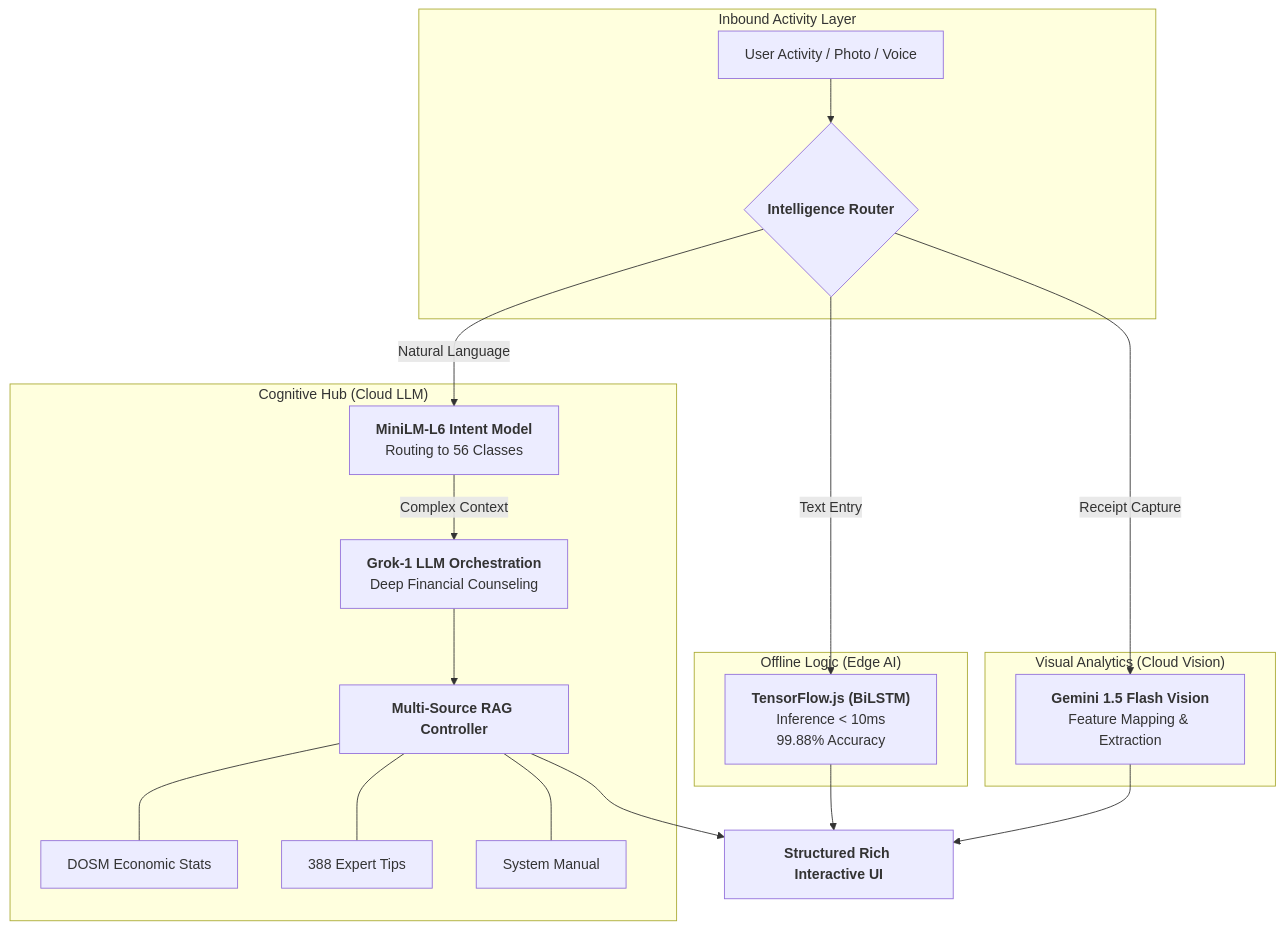
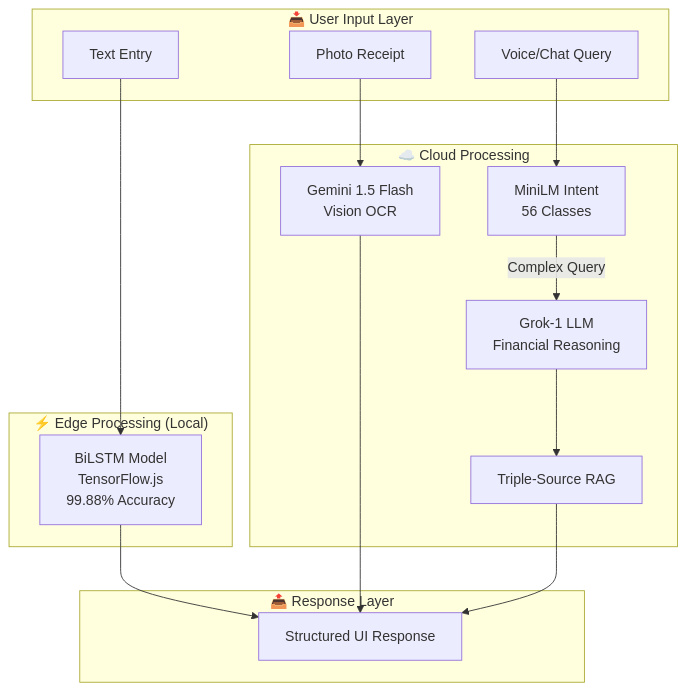
One commit to izwanGit/Beruang changed the first of 3 diagrams in README.md. Above: the diagram before and after it, drawn with Mermaid. The commit also changed other lines of this file, not shown here.

````diff
--- a/README.md
+++ b/README.md
@@ -96,25 +70,32 @@
 ```mermaid
-graph TD
-    subgraph "Inbound Activity Layer"
-    U["User Activity / Photo / Voice"] --> R{<b>Intelligence Router</b>}
+flowchart TD
+    subgraph INPUT["📥 User Input Layer"]
+        A[Text Entry] 
+        B[Photo Receipt]
+        C[Voice/Chat Query]
     end
 
-    subgraph "Offline Logic (Edge AI)"
-    R -->|Text Entry| TFJ["<b>TensorFlow.js (BiLSTM)</b><br/>Inference < 10ms<br/>99.88% Accuracy"]
+    subgraph EDGE["⚡ Edge Processing (Local)"]
+        D["BiLSTM Model<br/>TensorFlow.js<br/>99.88% Accuracy"]
     end
 
-    subgraph "Visual Analytics (Cloud Vision)"
-    R -->|Receipt Capture| GV["<b>Gemini 1.5 Flash Vision</b><br/>Feature Mapping & Extraction"]
+    subgraph CLOUD["☁️ Cloud Processing"]
+        E["Gemini 1.5 Flash<br/>Vision OCR"]
+        F["MiniLM Intent<br/>56 Classes"]
+        G["Grok-1 LLM<br/>Financial Reasoning"]
+        H["Triple-Source RAG"]
     end
 
-    subgraph "Cognitive Hub (Cloud LLM)"
-    R -->|Natural Language| INT["<b>MiniLM-L6 Intent Model</b><br/>Routing to 56 Classes"]
-    INT -->|Complex Context| GROK["<b>Grok-1 LLM Orchestration</b><br/>Deep Financial Counseling"]
-    GROK --> RAG["<b>Multi-Source RAG Controller</b>"]
-    RAG --- D1[DOSM Economic Stats]
-    RAG --- D2[388 Expert Tips]
-    RAG --- D3[System Manual]
+    subgraph OUTPUT["📤 Response Layer"]
+        I["Structured UI Response"]
     end
 
-    TFJ & GV & RAG --> Out["<b>Structured Rich Interactive UI</b>"]
+    A --> D
+    B --> E
+    C --> F
+    F -->|Complex Query| G
+    G --> H
+    H --> I
+    D --> I
+    E --> I
 ```
````
